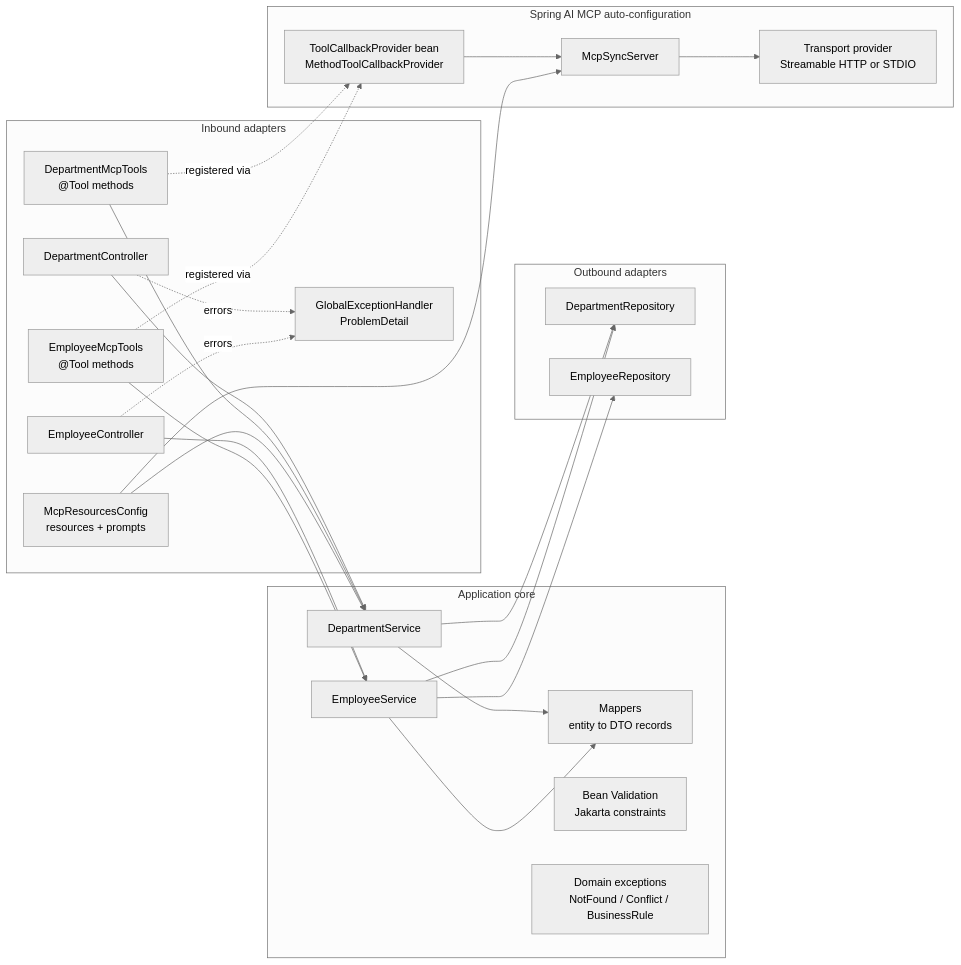
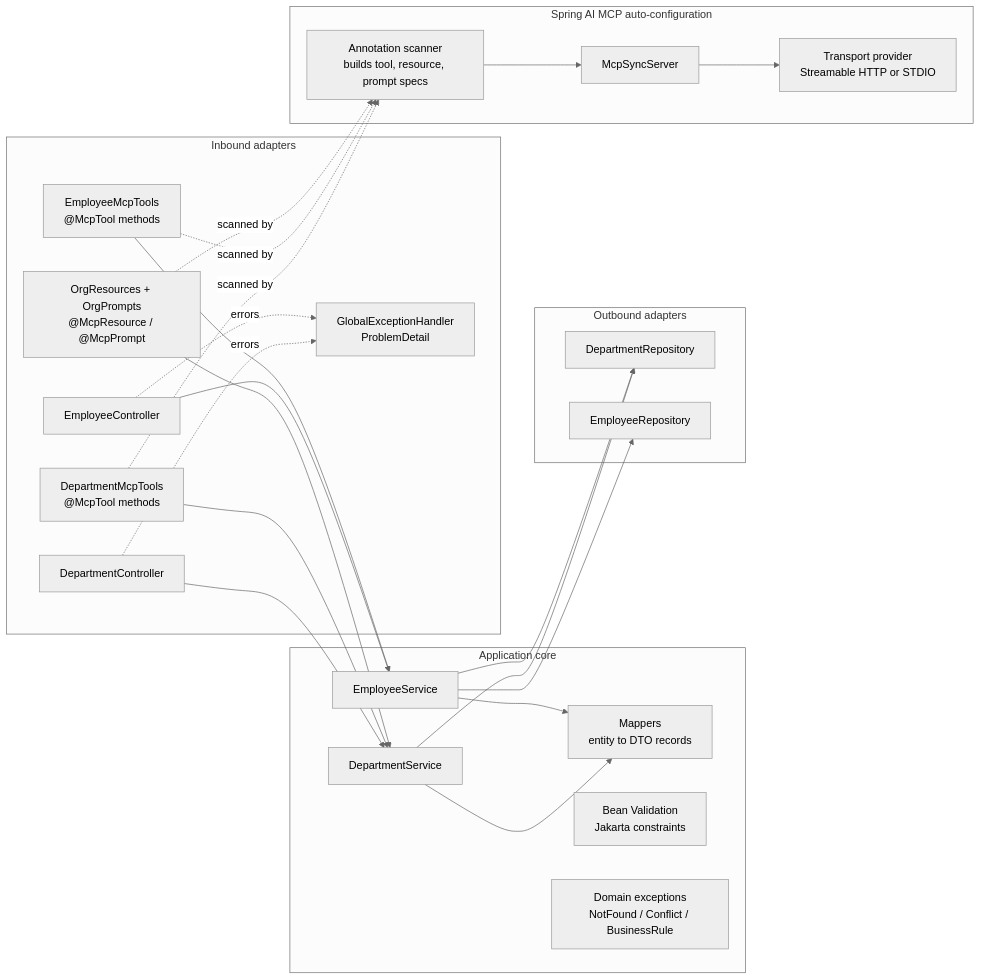
One commit to marripavankumar/RestAPIMCPDemo changed the third of 15 diagrams in docs/architecture/ARCHITECTURE.md. Above: the diagram before and after it, drawn with Mermaid (neutral theme). The commit also changed other lines of this file and 2 other files, not shown here.

Commit message:
docs: finalize README, record implementation notes in architecture and plan

````diff
--- a/docs/architecture/ARCHITECTURE.md
+++ b/docs/architecture/ARCHITECTURE.md
@@ -140,48 +141,48 @@
 ```mermaid
 flowchart LR
     subgraph Inbound["Inbound adapters"]
         DC["DepartmentController"]
         EC["EmployeeController"]
-        DT["DepartmentMcpTools<br/>@Tool methods"]
-        ET["EmployeeMcpTools<br/>@Tool methods"]
-        RES["McpResourcesConfig<br/>resources + prompts"]
+        DT["DepartmentMcpTools<br/>@McpTool methods"]
+        ET["EmployeeMcpTools<br/>@McpTool methods"]
+        RES["OrgResources + OrgPrompts<br/>@McpResource / @McpPrompt"]
         GEH["GlobalExceptionHandler<br/>ProblemDetail"]
     end
 
     subgraph Core["Application core"]
         DS["DepartmentService"]
         ES["EmployeeService"]
         MAP["Mappers<br/>entity to DTO records"]
         VAL["Bean Validation<br/>Jakarta constraints"]
         EXC["Domain exceptions<br/>NotFound / Conflict / BusinessRule"]
     end
 
     subgraph Outbound["Outbound adapters"]
         DR["DepartmentRepository"]
         ER["EmployeeRepository"]
     end
 
     subgraph Framework["Spring AI MCP auto-configuration"]
-        TCP["ToolCallbackProvider bean<br/>MethodToolCallbackProvider"]
+        TCP["Annotation scanner<br/>builds tool, resource, prompt specs"]
         MCPS["McpSyncServer"]
         TR["Transport provider<br/>Streamable HTTP or STDIO"]
     end
 
     DC --> DS
     EC --> ES
     DT --> DS
     ET --> ES
     RES --> DS
     DS --> DR
     ES --> ER
     ES --> DR
     DS --> MAP
     ES --> MAP
-    DT -. "registered via" .-> TCP
-    ET -. "registered via" .-> TCP
+    DT -. "scanned by" .-> TCP
+    ET -. "scanned by" .-> TCP
+    RES -. "scanned by" .-> TCP
     TCP --> MCPS
-    RES --> MCPS
     MCPS --> TR
     DC -. "errors" .-> GEH
     EC -. "errors" .-> GEH
 ```
````
